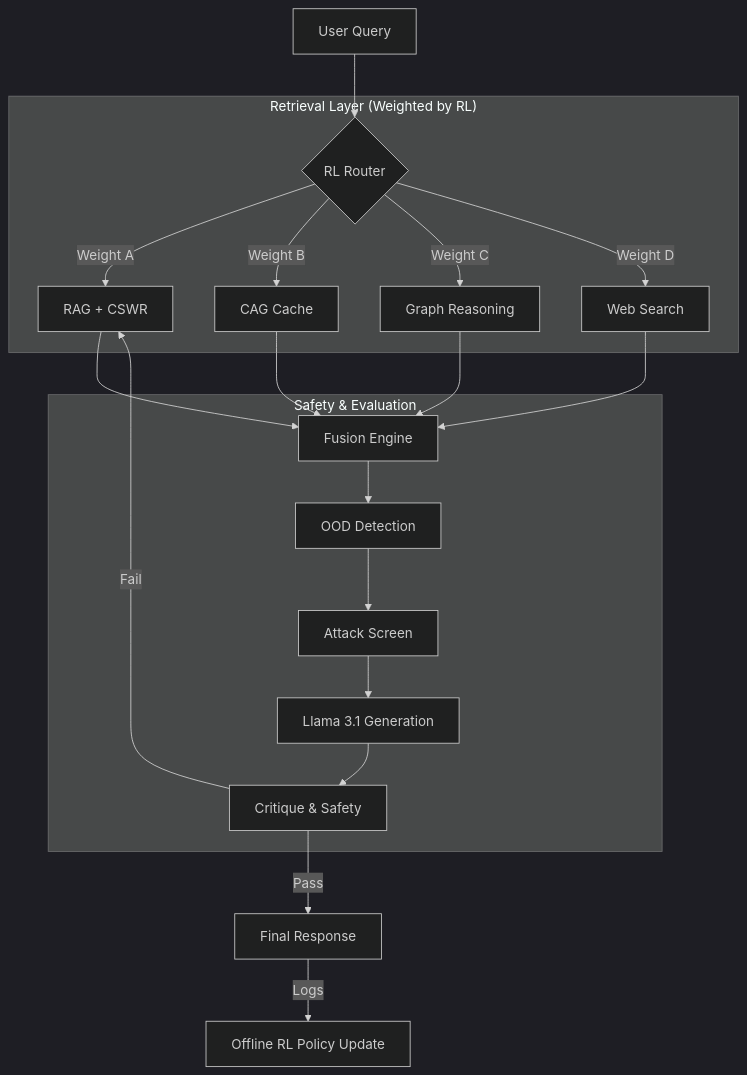
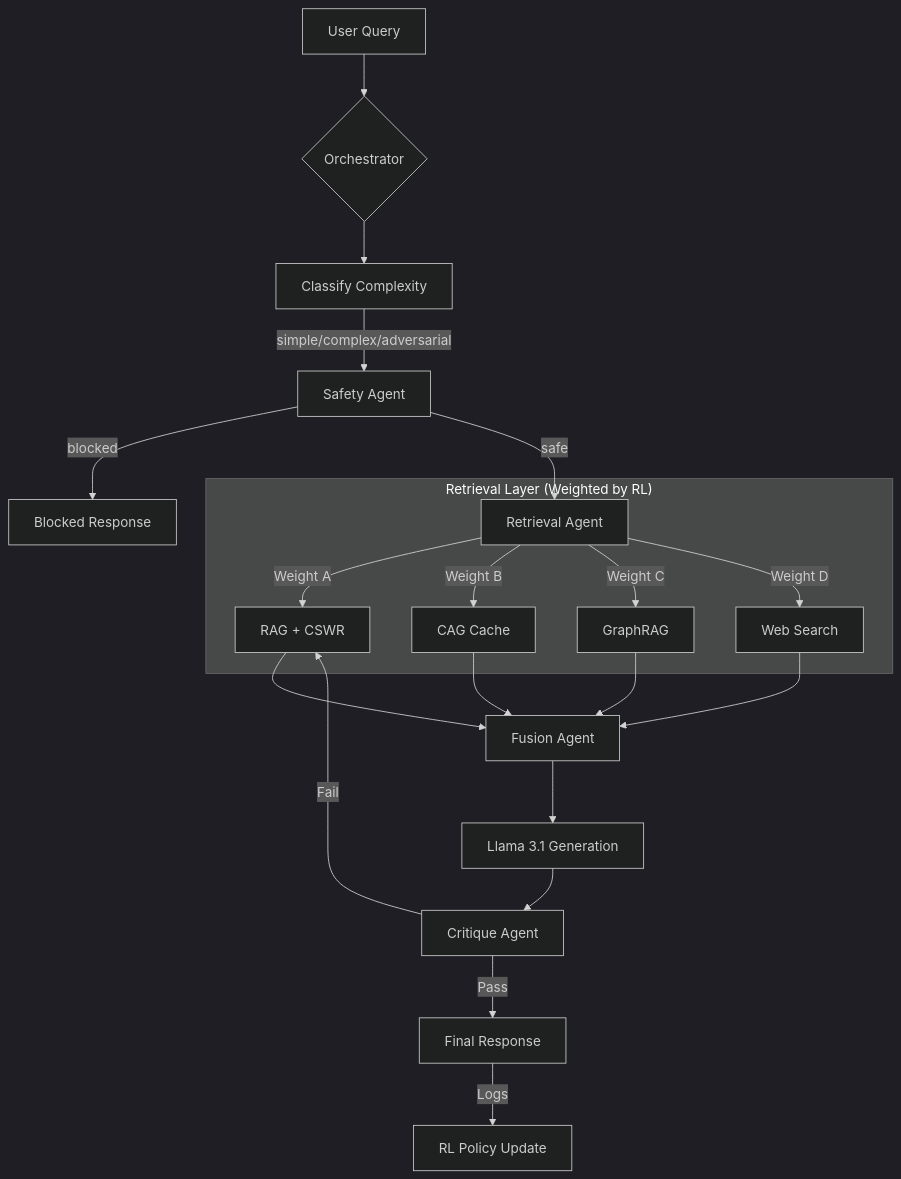
One commit to moonrunnerkc/rlfusion-orchestrator changed the diagram in README.md. Above: the diagram before and after it, drawn with Mermaid (dark theme). The commit also changed other lines of this file and 52 other files, not shown here.

First line of the commit message:
v2.0: multi-agent orchestration, GraphRAG, tool system, PPO/DPO/GRPO, tree reasoning, fine-tuning, multimodal, edge AI, benchmarks, Prometheus

````diff
--- a/README.md
+++ b/README.md
@@ -46,25 +51,26 @@
 ```mermaid
 graph TD
-    User[User Query] --> Router{RL Router}
+    User[User Query] --> Orch{Orchestrator}
+
+    Orch --> Classify[Classify Complexity]
+    Classify -->|simple/complex/adversarial| Safety[Safety Agent]
+
+    Safety -->|blocked| Blocked[Blocked Response]
+    Safety -->|safe| Retrieval[Retrieval Agent]
 
     subgraph "Retrieval Layer (Weighted by RL)"
-        Router -->|Weight A| RAG[RAG + CSWR]
-        Router -->|Weight B| CAG[CAG Cache]
-        Router -->|Weight C| Graph[Graph Reasoning]
-        Router -->|Weight D| Web[Web Search]
+        Retrieval -->|Weight A| RAG[RAG + CSWR]
+        Retrieval -->|Weight B| CAG[CAG Cache]
+        Retrieval -->|Weight C| Graph[GraphRAG]
+        Retrieval -->|Weight D| Web[Web Search]
     end
 
-    RAG & CAG & Graph & Web --> Fusion[Fusion Engine]
-
-    subgraph "Safety & Evaluation"
-        Fusion --> OOD[OOD Detection]
-        OOD --> Attack[Attack Screen]
-        Attack --> LLM[Llama 3.1 Generation]
-        LLM --> Critique[Critique & Safety]
-    end
+    RAG & CAG & Graph & Web --> Fusion[Fusion Agent]
+    Fusion --> LLM[Llama 3.1 Generation]
+    LLM --> Critique[Critique Agent]
 
     Critique -->|Pass| Final[Final Response]
     Critique -->|Fail| RAG
 
-    Final -->|Logs| OfflineRL[Offline RL Policy Update]
+    Final -->|Logs| OfflineRL[RL Policy Update]
 ```
````
